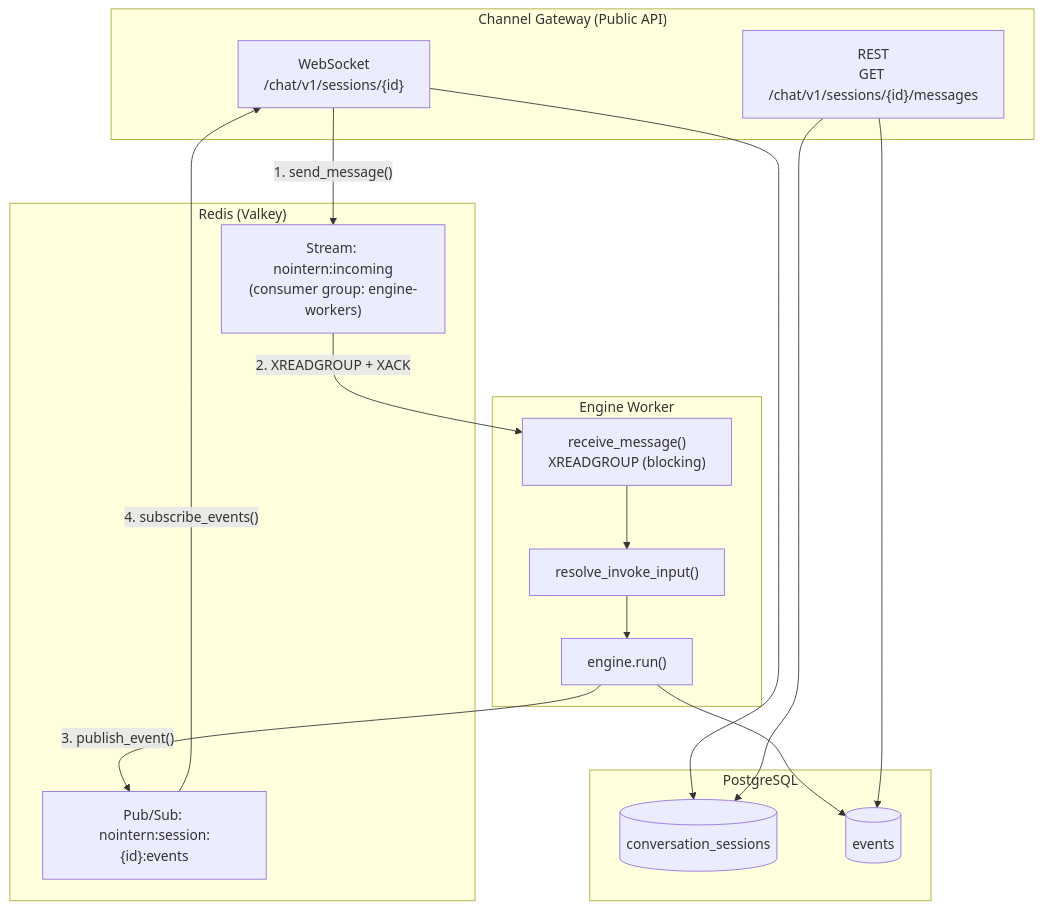
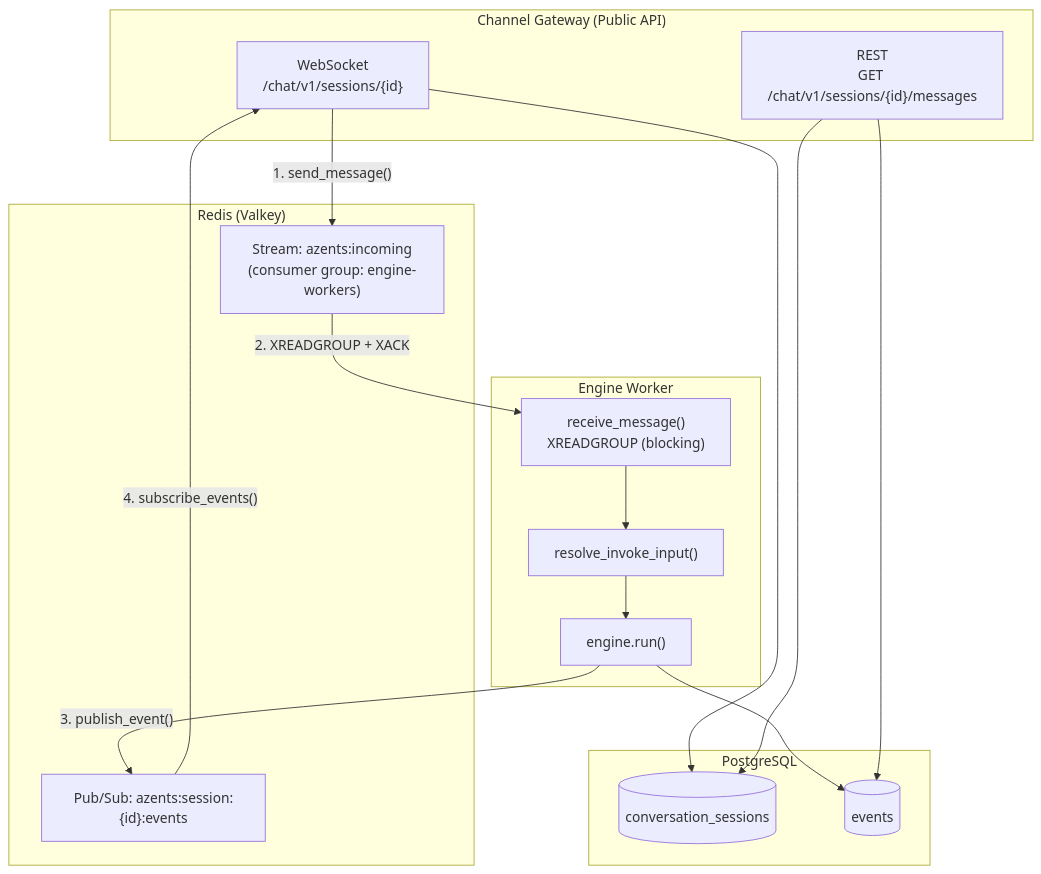
One commit to azents/azents changed the fifth of 13 diagrams in docs/azents/design/architecture.md. Above: the diagram before and after it, drawn with Mermaid. The commit also changed other lines of this file and 245 other files, not shown here.

````diff
--- a/docs/azents/design/architecture.md
+++ b/docs/azents/design/architecture.md
@@ -425,33 +425,33 @@
 ```mermaid
 graph TB
     subgraph "Channel Gateway (Public API)"
         WS["WebSocket<br/>/chat/v1/sessions/{id}"]
         REST["REST<br/>GET /chat/v1/sessions/{id}/messages"]
     end
 
     subgraph "Redis (Valkey)"
-        STREAM["Stream: nointern:incoming<br/>(consumer group: engine-workers)"]
-        PUBSUB["Pub/Sub: nointern:session:{id}:events"]
+        STREAM["Stream: azents:incoming<br/>(consumer group: engine-workers)"]
+        PUBSUB["Pub/Sub: azents:session:{id}:events"]
     end
 
     subgraph "Engine Worker"
         RECV["receive_message()<br/>XREADGROUP (blocking)"]
         RESOLVE["resolve_invoke_input()"]
         ENGINE["engine.run()"]
     end
 
     subgraph "PostgreSQL"
         SESSIONS[(conversation_sessions)]
         EVENTS[(events)]
     end
 
     WS -->|"1. send_message()"| STREAM
     STREAM -->|"2. XREADGROUP + XACK"| RECV
     RECV --> RESOLVE --> ENGINE
     ENGINE -->|"3. publish_event()"| PUBSUB
     PUBSUB -->|"4. subscribe_events()"| WS
     ENGINE --> EVENTS
     WS --> SESSIONS
     REST --> SESSIONS
     REST --> EVENTS
 ```
````
